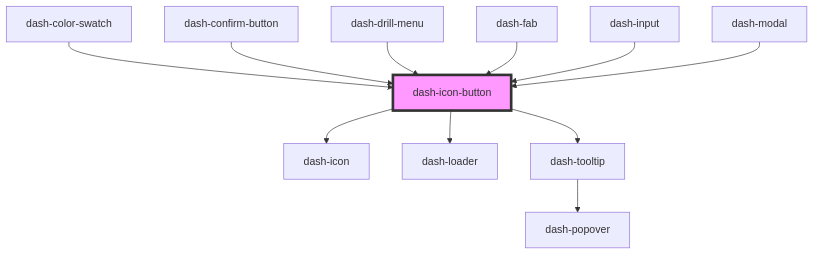
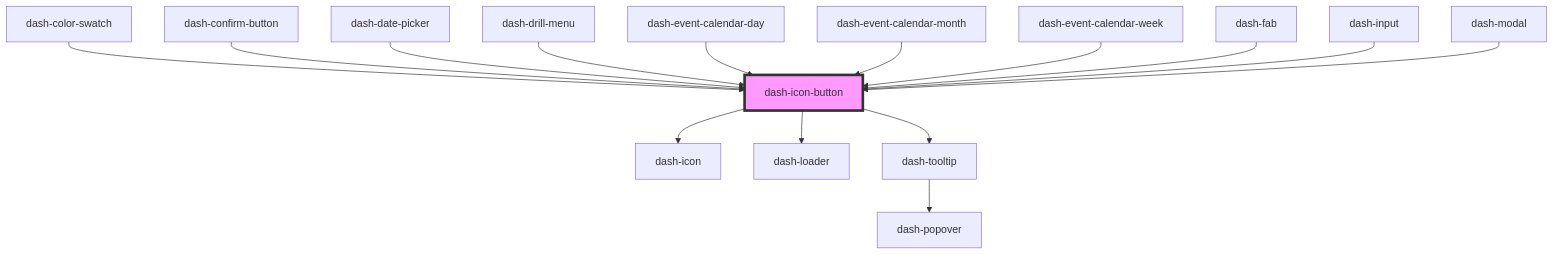
One commit to jmanke/dash changed the diagram in packages/dash-components/src/components/dash-icon-button/readme.md. Above: the diagram before and after it, drawn with Mermaid. The commit also changed other lines of this file and 15 other files, not shown here.

````diff
--- a/packages/dash-components/src/components/dash-icon-button/readme.md
+++ b/packages/dash-components/src/components/dash-icon-button/readme.md
@@ -54,14 +58,18 @@
 ```mermaid
 graph TD;
   dash-icon-button --> dash-icon
   dash-icon-button --> dash-loader
   dash-icon-button --> dash-tooltip
   dash-tooltip --> dash-popover
   dash-color-swatch --> dash-icon-button
   dash-confirm-button --> dash-icon-button
+  dash-date-picker --> dash-icon-button
   dash-drill-menu --> dash-icon-button
+  dash-event-calendar-day --> dash-icon-button
+  dash-event-calendar-month --> dash-icon-button
+  dash-event-calendar-week --> dash-icon-button
   dash-fab --> dash-icon-button
   dash-input --> dash-icon-button
   dash-modal --> dash-icon-button
   style dash-icon-button fill:#f9f,stroke:#333,stroke-width:4px
 ```
````
